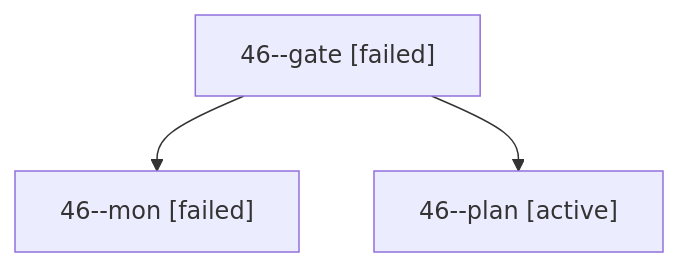
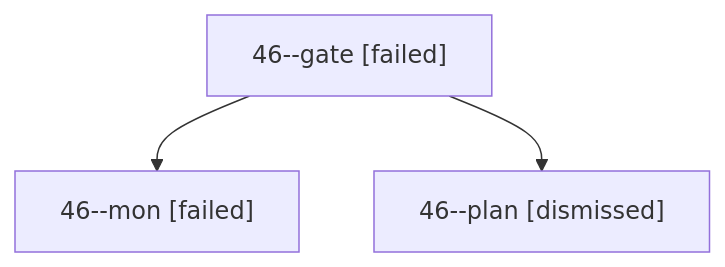
One commit to bobs-org/bob-cli--agents changed the diagram in sessions/bbugyi200.apollo.46.md. Above: the diagram before and after it, drawn with Mermaid. The commit also changed other lines of this file and 48 other files, not shown here.

````diff
--- a/sessions/bbugyi200.apollo.46.md
+++ b/sessions/bbugyi200.apollo.46.md
@@ -9,8 +9,8 @@
 ```mermaid
 flowchart TD
   n0["46--gate [failed]"]
   n1["46--mon [failed]"]
   n0 --> n1
-  n2["46--plan [active]"]
+  n2["46--plan [dismissed]"]
   n0 --> n2
 ```
````
